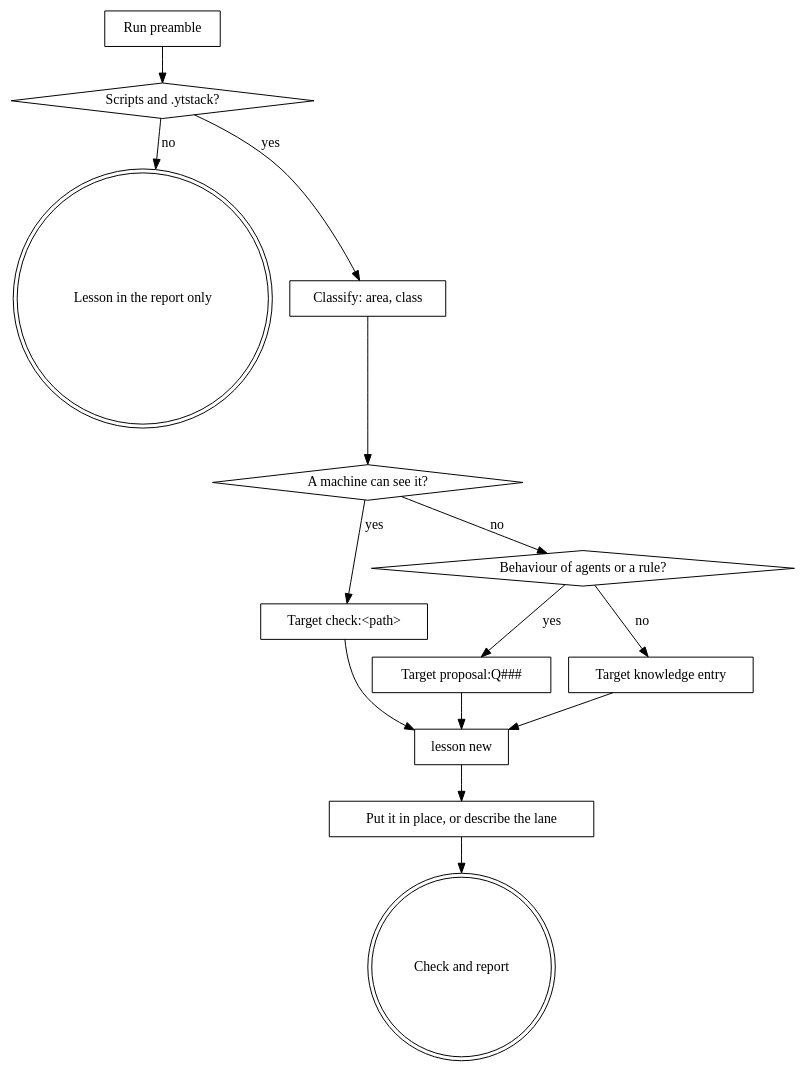
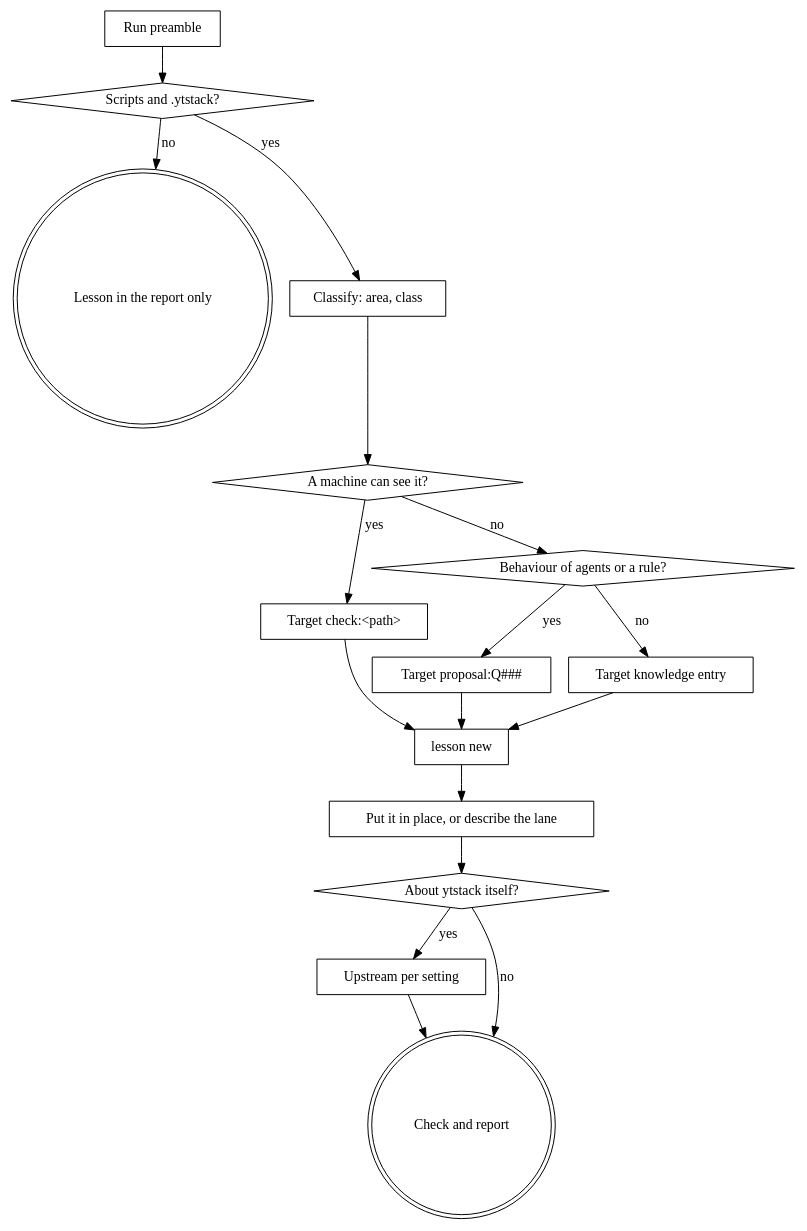
One commit to Yesterday-AI/ytstack changed the diagram in skills/lesson/SKILL.md. Above: the diagram before and after it, drawn with Graphviz. The commit also changed other lines of this file and 7 other files, not shown here.

First line of the commit message:
M033-S01-T03: Upstream sections in retro and lane-retro, the ytstack route in lesson

````diff
--- a/skills/lesson/SKILL.md
+++ b/skills/lesson/SKILL.md
@@ -47,29 +48,34 @@
 ```dot
 digraph lesson {
     "Run preamble" [shape=box];
     "Scripts and .ytstack?" [shape=diamond];
     "Lesson in the report only" [shape=doublecircle];
     "Classify: area, class" [shape=box];
     "A machine can see it?" [shape=diamond];
     "Target check:<path>" [shape=box];
     "Behaviour of agents or a rule?" [shape=diamond];
     "Target proposal:Q###" [shape=box];
     "Target knowledge entry" [shape=box];
     "lesson new" [shape=box];
     "Put it in place, or describe the lane" [shape=box];
+    "About ytstack itself?" [shape=diamond];
+    "Upstream per setting" [shape=box];
     "Check and report" [shape=doublecircle];
 
     "Run preamble" -> "Scripts and .ytstack?";
     "Scripts and .ytstack?" -> "Lesson in the report only" [label="no"];
     "Scripts and .ytstack?" -> "Classify: area, class" [label="yes"];
     "Classify: area, class" -> "A machine can see it?";
     "A machine can see it?" -> "Target check:<path>" [label="yes"];
     "A machine can see it?" -> "Behaviour of agents or a rule?" [label="no"];
     "Behaviour of agents or a rule?" -> "Target proposal:Q###" [label="yes"];
     "Behaviour of agents or a rule?" -> "Target knowledge entry" [label="no"];
     "Target check:<path>" -> "lesson new";
     "Target proposal:Q###" -> "lesson new";
     "Target knowledge entry" -> "lesson new";
-    "lesson new" -> "Put it in place, or describe the lane" -> "Check and report";
+    "lesson new" -> "Put it in place, or describe the lane" -> "About ytstack itself?";
+    "About ytstack itself?" -> "Upstream per setting" [label="yes"];
+    "About ytstack itself?" -> "Check and report" [label="no"];
+    "Upstream per setting" -> "Check and report";
 }
 ```
````
